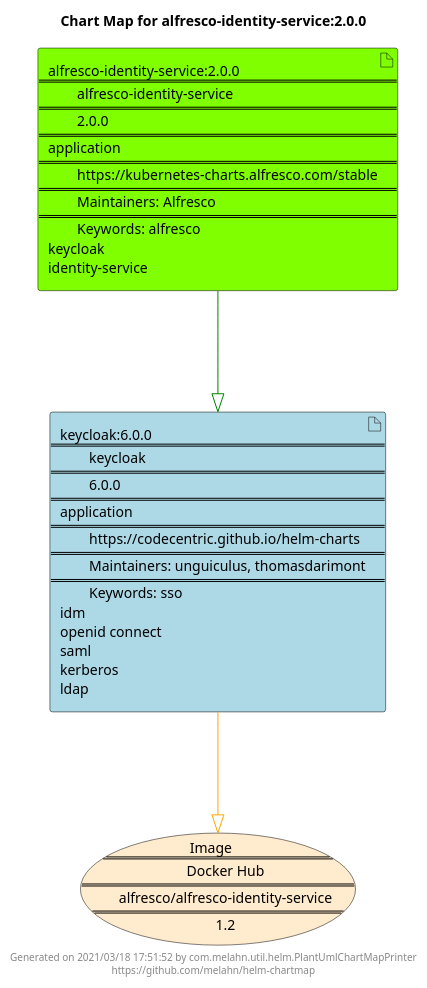
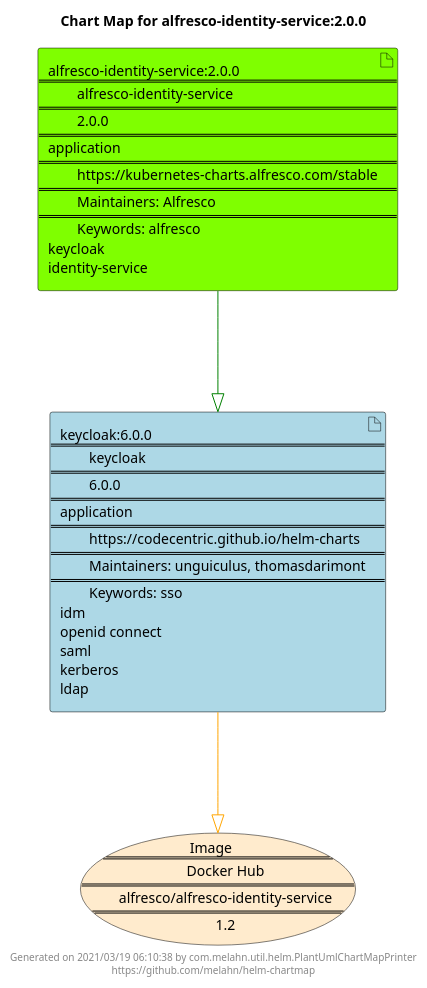
Before and after one commit to melahn/helm-chartmap: the diagram in docs/alfresco-identity-service/alfresco-identity-service-2.0.0.puml, drawn with PlantUML. The commit also changed 29 other files, not shown here.

Commit message:
Regenerate chart examples

```diff
--- a/docs/alfresco-identity-service/alfresco-identity-service-2.0.0.puml
+++ b/docs/alfresco-identity-service/alfresco-identity-service-2.0.0.puml
@@ -1,23 +1,23 @@
 @startuml
 skinparam linetype ortho
 skinparam backgroundColor white
 skinparam usecaseBorderColor black
 skinparam usecaseArrowColor LightSlateGray
 skinparam artifactBorderColor black
 skinparam artifactArrowColor LightSlateGray
 
 title Chart Map for alfresco-identity-service:2.0.0
 
 'There are 2 referenced Helm Charts
 artifact "keycloak:6.0.0\n====\n\tkeycloak\n====\n\t6.0.0\n====\napplication\n====\n\thttps://codecentric.github.io/helm-charts\n====\n\tMaintainers: unguiculus, thomasdarimont\n====\n\tKeywords: sso\nidm\nopenid connect\nsaml\nkerberos\nldap" as keycloak_6_0_0 #LightBlue
 artifact "alfresco-identity-service:2.0.0\n====\n\talfresco-identity-service\n====\n\t2.0.0\n====\napplication\n====\n\thttps://kubernetes-charts.alfresco.com/stable\n====\n\tMaintainers: Alfresco\n====\n\tKeywords: alfresco\nkeycloak\nidentity-service" as alfresco_identity_service_2_0_0 #Chartreuse
 
 'There is one referenced Docker Image
 usecase "Image\n====\n\tDocker Hub\n====\n\talfresco/alfresco-identity-service\n====\n\t1.2" as alfresco_alfresco_identity_service_1_2 #BlanchedAlmond
 
 'Chart Dependencies
 alfresco_identity_service_2_0_0--[#green]-|>keycloak_6_0_0
 keycloak_6_0_0--[#orange]-|>alfresco_alfresco_identity_service_1_2
 
-center footer Generated on 2021/03/18 17:51:52 by com.melahn.util.helm.PlantUmlChartMapPrinter\nhttps://github.com/melahn/helm-chartmap
+center footer Generated on 2021/03/19 06:10:38 by com.melahn.util.helm.PlantUmlChartMapPrinter\nhttps://github.com/melahn/helm-chartmap
 @enduml
```
